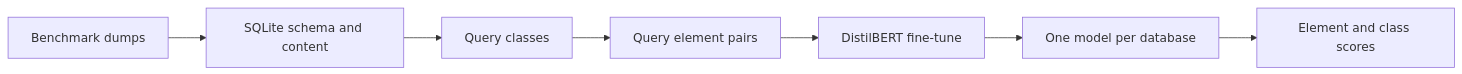
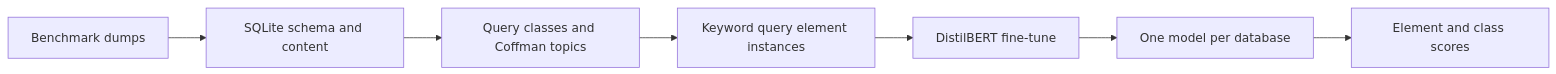
The diagram in docs/architecture.md (MostafaMashhadi/semstruct), drawn with Mermaid before and after one commit. The commit also changed other lines of this file and 115 other files, not shown here.

````diff
--- a/docs/architecture.md
+++ b/docs/architecture.md
@@ -5,9 +5,9 @@
 ```mermaid
 flowchart LR
   dumps[Benchmark dumps] --> sqlite[SQLite schema and content]
-  sqlite --> classes[Query classes]
-  classes --> pairs[Query element pairs]
+  sqlite --> classes[Query classes and Coffman topics]
+  classes --> pairs[Keyword query element instances]
   pairs --> tune[DistilBERT fine-tune]
   tune --> model[One model per database]
   model --> rank[Element and class scores]
 ```
````
